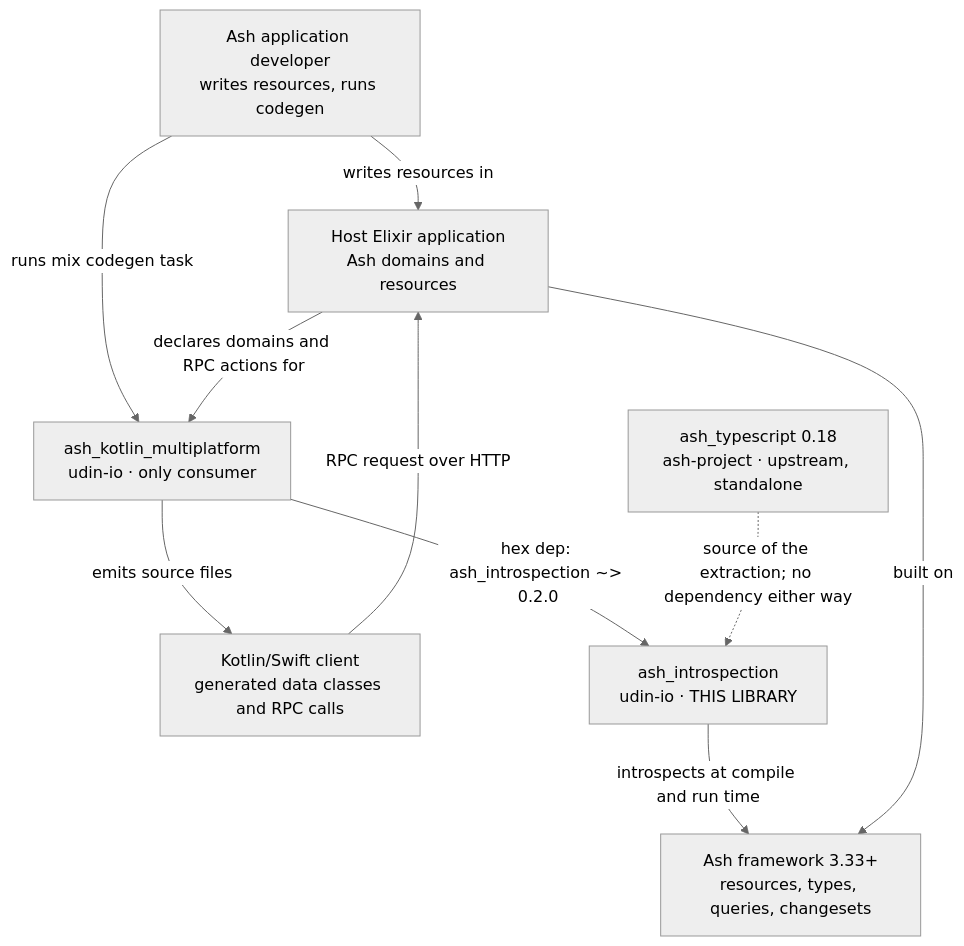
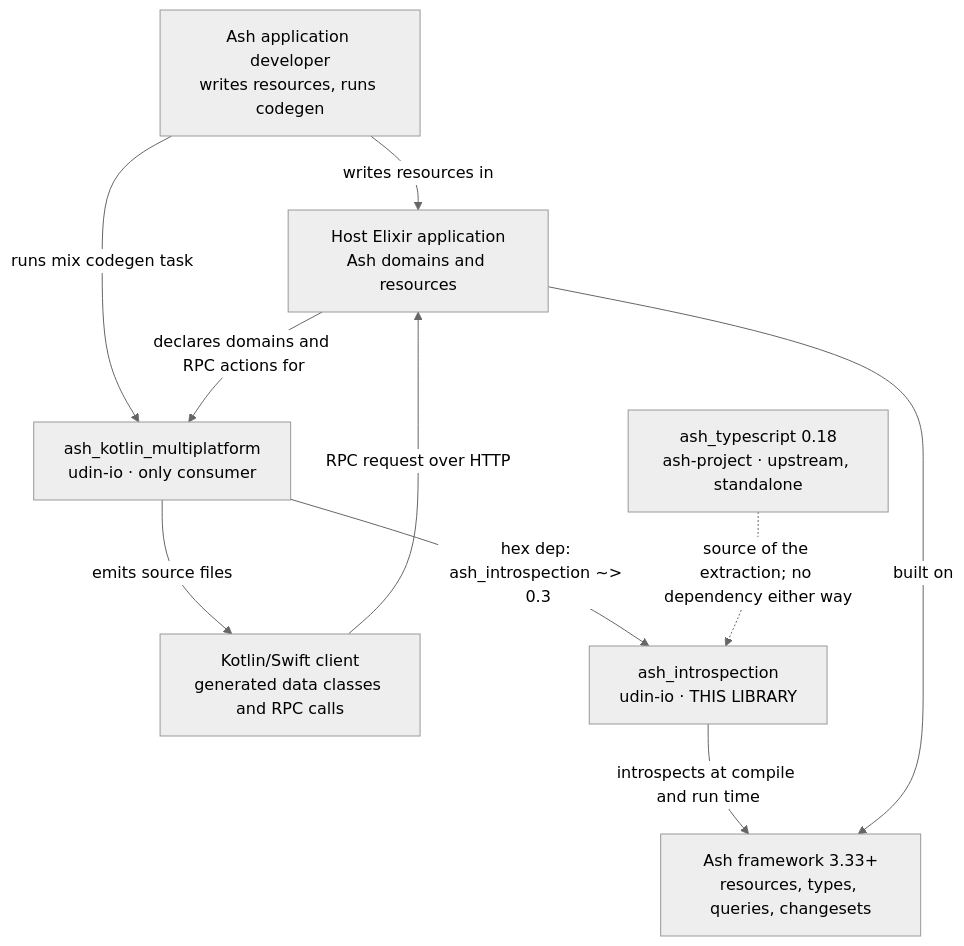
One commit to udin-io/ash_introspection changed the first of 4 diagrams in docs/architecture.md. Above: the diagram before and after it, drawn with Mermaid (neutral theme). The commit also changed 7 other files, not shown here.

````diff
--- a/docs/architecture.md
+++ b/docs/architecture.md
@@ -21,21 +21,21 @@
 ```mermaid
 flowchart TB
     dev["Ash application developer<br/>writes resources, runs codegen"]
     app["Host Elixir application<br/>Ash domains and resources"]
     kclient["Kotlin/Swift client<br/>generated data classes and RPC calls"]
     ash["Ash framework 3.33+<br/>resources, types, queries, changesets"]
 
     akm["ash_kotlin_multiplatform<br/>udin-io &middot; only consumer"]
     ai["ash_introspection<br/>udin-io &middot; THIS LIBRARY"]
     ats["ash_typescript 0.18<br/>ash-project &middot; upstream, standalone"]
 
     dev -->|"writes resources in"| app
     dev -->|"runs mix codegen task"| akm
     app -->|"declares domains and RPC actions for"| akm
-    akm -->|"hex dep: ash_introspection ~> 0.2.0"| ai
+    akm -->|"hex dep: ash_introspection ~> 0.3"| ai
     akm -->|"emits source files"| kclient
     kclient -->|"RPC request over HTTP"| app
     ai -->|"introspects at compile and run time"| ash
     app -->|"built on"| ash
     ats -.->|"source of the extraction; no dependency either way"| ai
 ```
````
